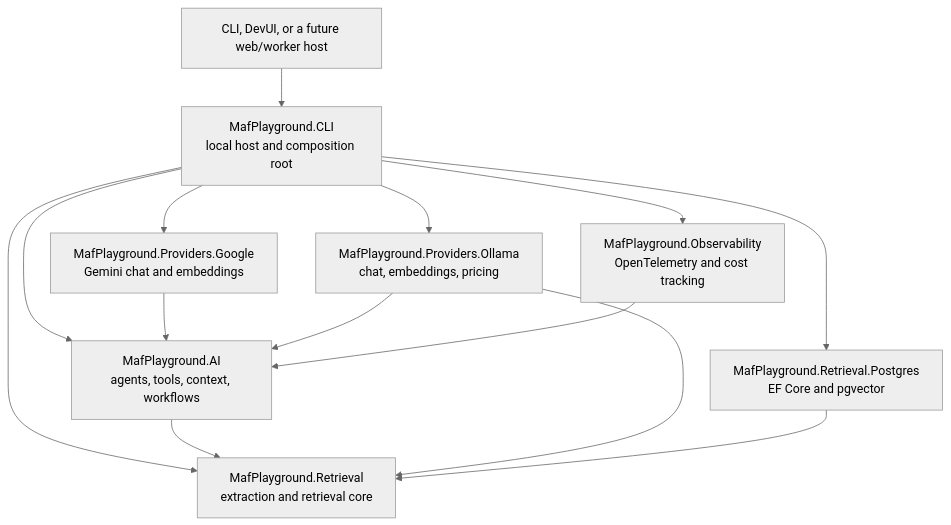
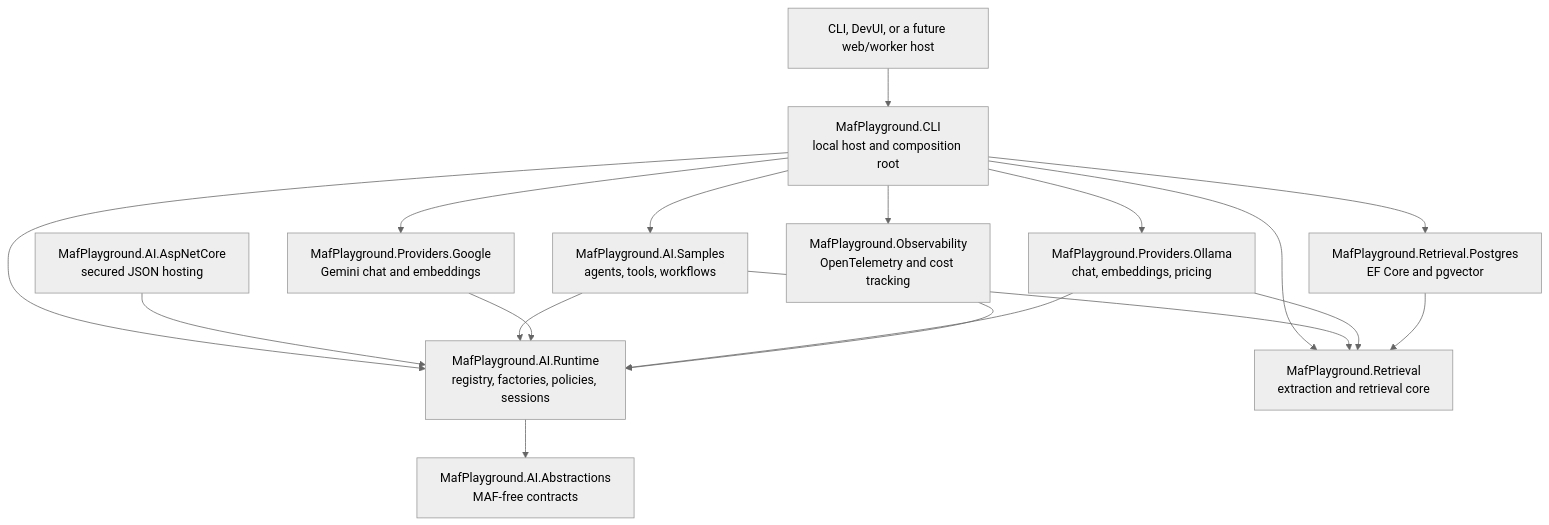
The diagram in README.md (LautaroO/maf-playground), drawn with Mermaid (neutral theme) before and after one commit. The commit also changed other lines of this file and 63 other files, not shown here.

Commit message:
feat: add reusable MAF runtime foundation

````diff
--- a/README.md
+++ b/README.md
@@ -27,25 +27,32 @@
 ```mermaid
 flowchart TB
     CLI[MafPlayground.CLI<br/>local host and composition root]
-    AI[MafPlayground.AI<br/>agents, tools, context, workflows]
+    Abstractions[MafPlayground.AI.Abstractions<br/>MAF-free contracts]
+    Runtime[MafPlayground.AI.Runtime<br/>registry, factories, policies, sessions]
+    Samples[MafPlayground.AI.Samples<br/>agents, tools, workflows]
+    Web[MafPlayground.AI.AspNetCore<br/>secured JSON hosting]
     Retrieval[MafPlayground.Retrieval<br/>extraction and retrieval core]
     Google[MafPlayground.Providers.Google<br/>Gemini chat and embeddings]
     Ollama[MafPlayground.Providers.Ollama<br/>chat, embeddings, pricing]
     Postgres[MafPlayground.Retrieval.Postgres<br/>EF Core and pgvector]
     Obs[MafPlayground.Observability<br/>OpenTelemetry and cost tracking]
     Dev[CLI, DevUI, or a future web/worker host]
 
     Dev --> CLI
-    CLI --> AI
+    CLI --> Runtime
+    CLI --> Samples
+    Web --> Runtime
+    Runtime --> Abstractions
+    Samples --> Runtime
     CLI --> Retrieval
     CLI --> Google
     CLI --> Ollama
     CLI --> Postgres
     CLI --> Obs
-    AI --> Retrieval
-    Google --> AI
-    Ollama --> AI
+    Samples --> Retrieval
+    Google --> Runtime
+    Ollama --> Runtime
     Ollama --> Retrieval
     Postgres --> Retrieval
-    Obs --> AI
+    Obs --> Runtime
 ```
````
